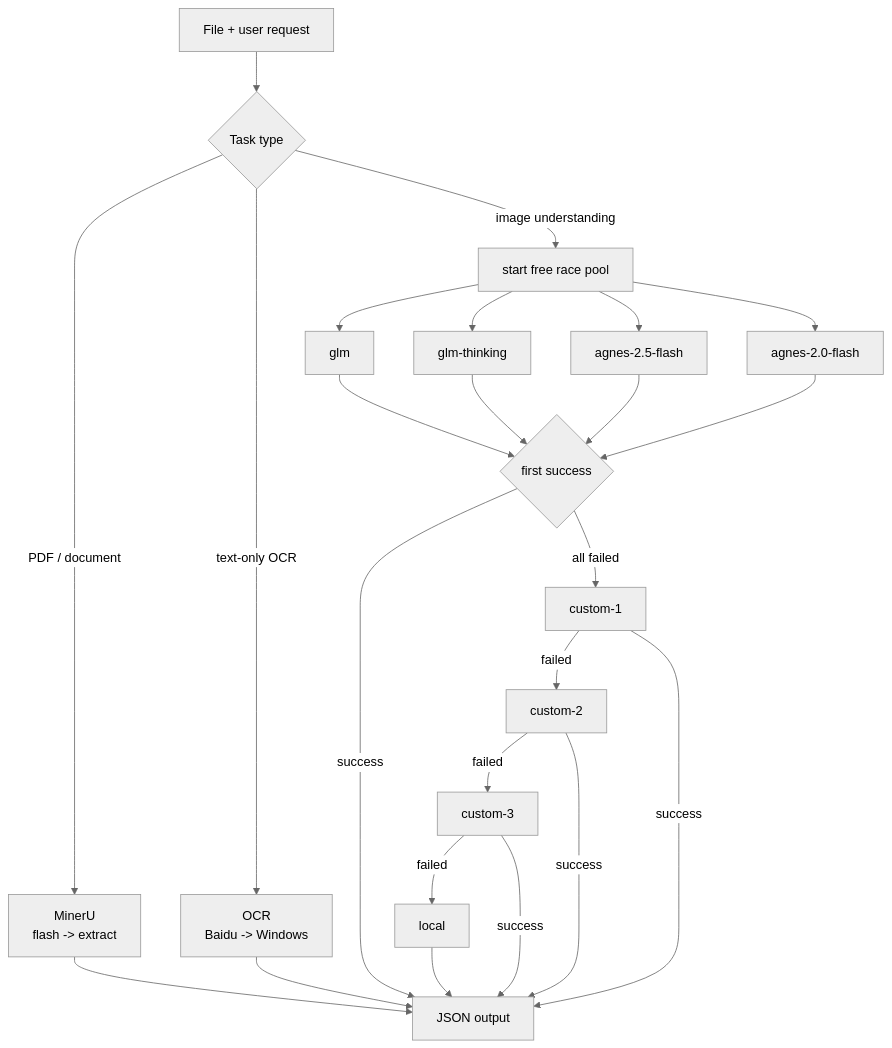
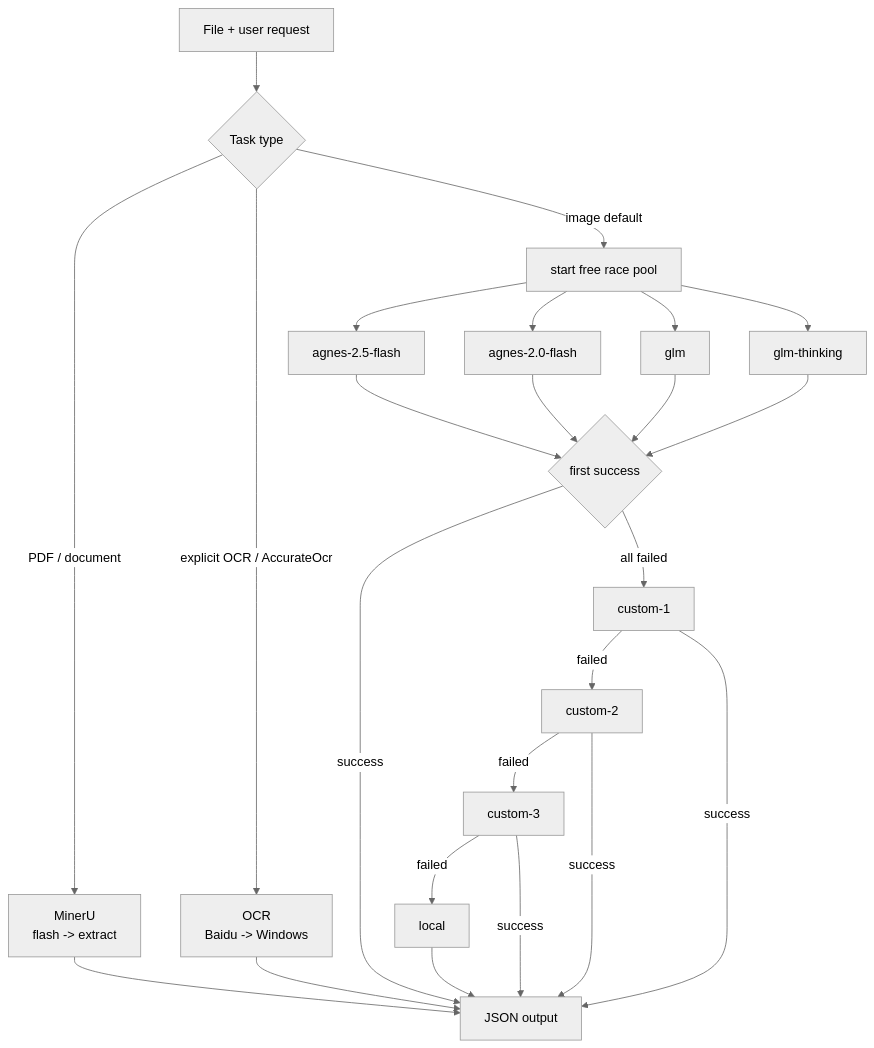
The fourth of 4 diagrams in README.md (Sorwcyra/ds-vision-skill), drawn with Mermaid (neutral theme) before and after one commit. The commit also changed other lines of this file and 3 other files, not shown here.

Commit message:
Prefer free vision race for image auto routing

````diff
--- a/README.md
+++ b/README.md
@@ -272,31 +277,31 @@
 ```mermaid
 flowchart TD
     A["File + user request"] --> B{"Task type"}
 
     B -->|PDF / document| C["MinerU<br/>flash -> extract"]
-    B -->|text-only OCR| D["OCR<br/>Baidu -> Windows"]
-    B -->|image understanding| E["start free race pool"]
+    B -->|explicit OCR / AccurateOcr| D["OCR<br/>Baidu -> Windows"]
+    B -->|image default| E["start free race pool"]
 
-    E --> E1["glm"]
-    E --> E2["glm-thinking"]
-    E --> E3["agnes-2.5-flash"]
-    E --> E4["agnes-2.0-flash"]
+    E --> E1["agnes-2.5-flash"]
+    E --> E2["agnes-2.0-flash"]
+    E --> E3["glm"]
+    E --> E4["glm-thinking"]
 
     E1 --> F{"first success"}
     E2 --> F
     E3 --> F
     E4 --> F
 
     F -->|success| Z["JSON output"]
     F -->|all failed| G["custom-1"]
     G -->|failed| H["custom-2"]
     H -->|failed| I["custom-3"]
     I -->|failed| K["local"]
 
     C --> Z
     D --> Z
     G -->|success| Z
     H -->|success| Z
     I -->|success| Z
     K --> Z
 ```
````
